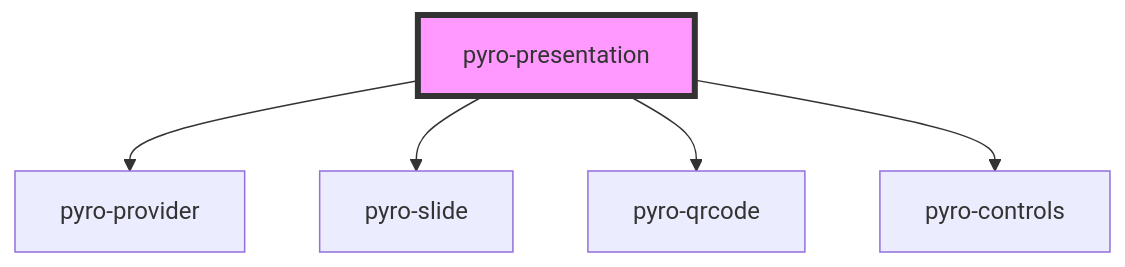
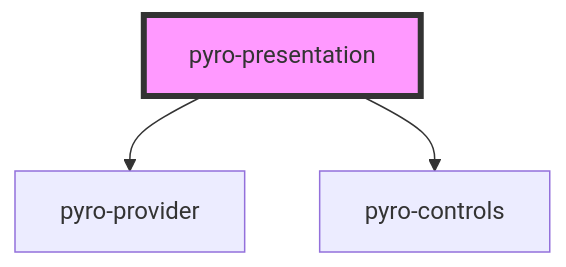
Before and after one commit to presentosaurus/presentosaurus: the diagram in packages/webcomponents/src/components/presentation/readme.md, drawn with Mermaid. The commit also changed other lines of this file and 5 other files, not shown here.

````diff
--- a/packages/webcomponents/src/components/presentation/readme.md
+++ b/packages/webcomponents/src/components/presentation/readme.md
@@ -27,8 +21,6 @@
 ```mermaid
 graph TD;
   pyro-presentation --> pyro-provider
-  pyro-presentation --> pyro-slide
-  pyro-presentation --> pyro-qrcode
   pyro-presentation --> pyro-controls
   style pyro-presentation fill:#f9f,stroke:#333,stroke-width:4px
 ```
````
